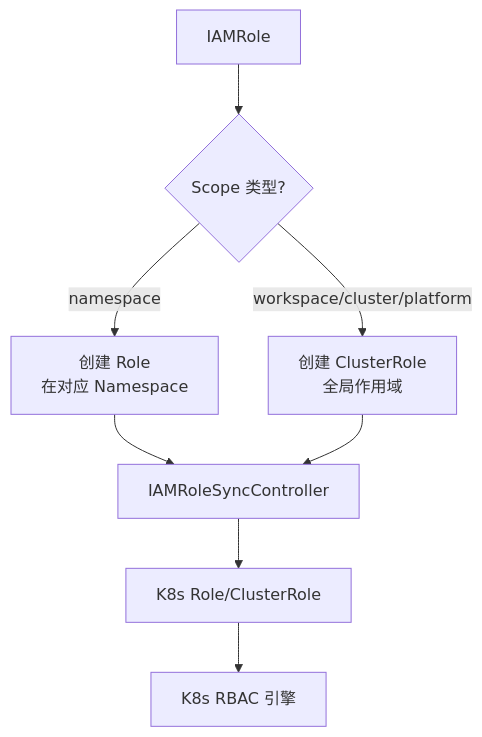
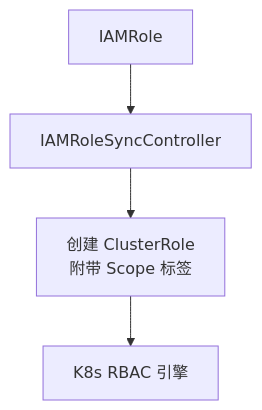
The second of 3 diagrams in docs/developer/permissions/rbac.md (imneov/edge-website), drawn with Mermaid before and after one commit. The commit also changed other lines of this file and 16 other files, not shown here.

````diff
--- a/docs/developer/permissions/rbac.md
+++ b/docs/developer/permissions/rbac.md
@@ -126,12 +126,6 @@
 ```mermaid
 graph TB
-    A[IAMRole] --> B{Scope 类型?}
-    B -->|namespace| C[创建 Role<br/>在对应 Namespace]
-    B -->|workspace/cluster/platform| D[创建 ClusterRole<br/>全局作用域]
-
-    C --> E[IAMRoleSyncController]
-    D --> E
-
-    E --> F[K8s Role/ClusterRole]
-    F --> G[K8s RBAC 引擎]
+    A[IAMRole] --> B[IAMRoleSyncController]
+    B --> C[创建 ClusterRole<br/>附带 Scope 标签]
+    C --> D[K8s RBAC 引擎]
 ```
````
